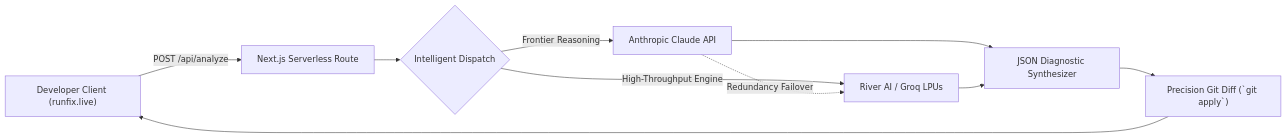
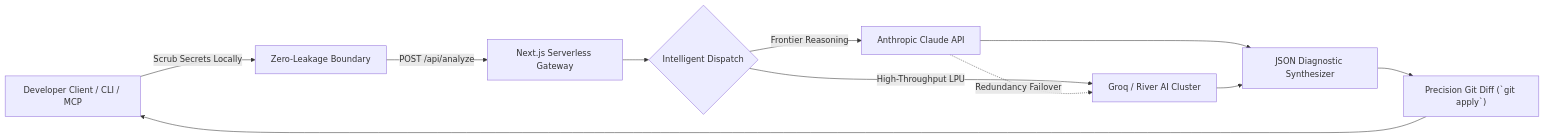
Before and after one commit to Ahmad-glowex/tracelens-ai: the diagram in README.md, drawn with Mermaid. The commit also changed other lines of this file and 15 other files, not shown here.

````diff
--- a/README.md
+++ b/README.md
@@ -42,12 +94,13 @@
 ```mermaid
 flowchart LR
-    A["Developer Client (runfix.live)"] -->|"POST /api/analyze"| B["Next.js Serverless Route"]
-    B --> C{"Intelligent Dispatch"}
-    C -->|"Frontier Reasoning"| D["Anthropic Claude API"]
-    C -->|"High-Throughput Engine"| E["River AI / Groq LPUs"]
-    D -.->|"Redundancy Failover"| E
-    D --> F["JSON Diagnostic Synthesizer"]
-    E --> F
-    F --> G["Precision Git Diff (`git apply`)"]
-    G --> A
+    A["Developer Client / CLI / MCP"] -->|"Scrub Secrets Locally"| B["Zero-Leakage Boundary"]
+    B -->|"POST /api/analyze"| C["Next.js Serverless Gateway"]
+    C --> D{"Intelligent Dispatch"}
+    D -->|"Frontier Reasoning"| E["Anthropic Claude API"]
+    D -->|"High-Throughput LPU"| F["Groq / River AI Cluster"]
+    E -.->|"Redundancy Failover"| F
+    E --> G["JSON Diagnostic Synthesizer"]
+    F --> G
+    G --> H["Precision Git Diff (`git apply`)"]
+    H --> A
 ```
````
